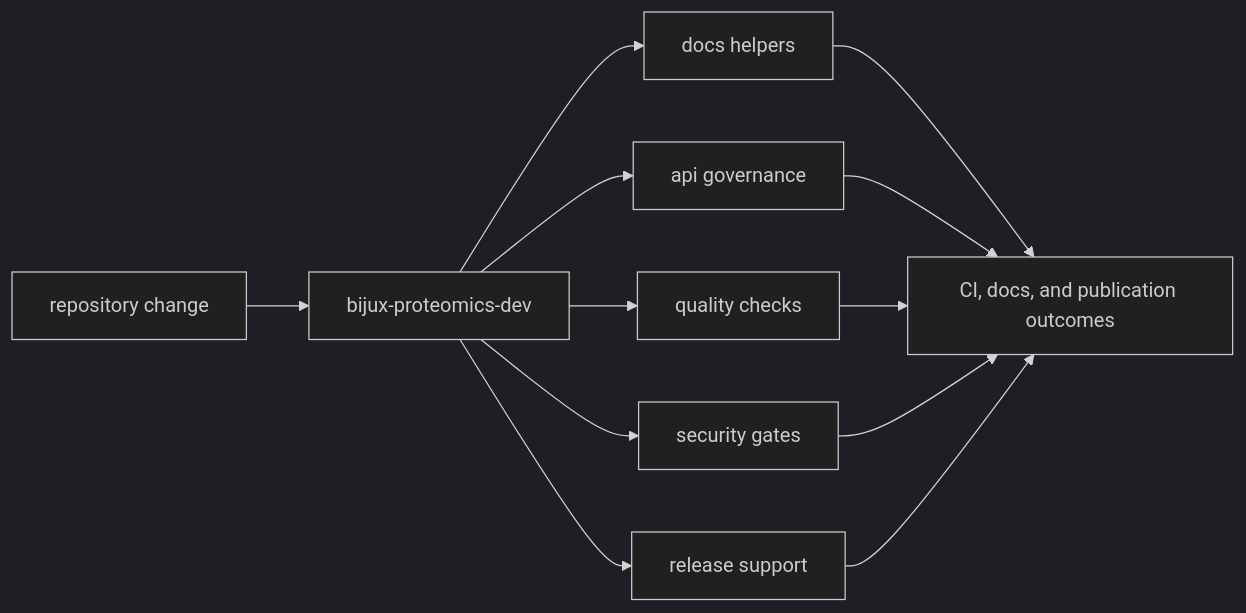
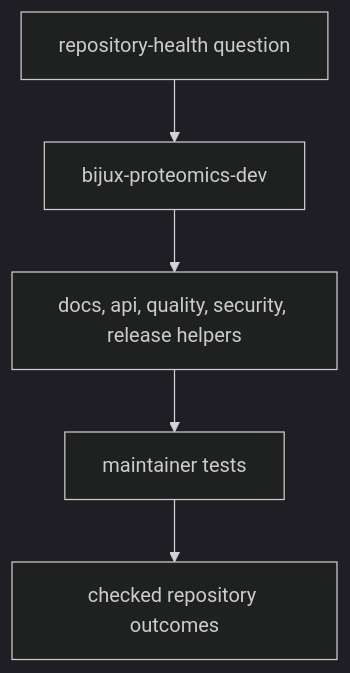
Before and after one commit to bijux/bijux-proteomics: the diagram in docs/08-bijux-proteomics-maintain/bijux-proteomics-dev/index.md, drawn with Mermaid (dark theme). The commit also changed other lines of this file, not shown here.

Commit message:
docs(maintain): show maintainer package proof path

````diff
--- a/docs/08-bijux-proteomics-maintain/bijux-proteomics-dev/index.md
+++ b/docs/08-bijux-proteomics-maintain/bijux-proteomics-dev/index.md
@@ -17,23 +17,13 @@
 ```mermaid
-flowchart LR
-    change["repository change"]
+flowchart TB
+    question["repository-health question"]
     toolkit["bijux-proteomics-dev"]
-    docs["docs helpers"]
-    api["api governance"]
-    quality["quality checks"]
-    security["security gates"]
-    release["release support"]
-    results["CI, docs, and publication outcomes"]
+    family["docs, api, quality, security, release helpers"]
+    tests["maintainer tests"]
+    outcomes["checked repository outcomes"]
 
-    change --> toolkit
-    toolkit --> docs
-    toolkit --> api
-    toolkit --> quality
-    toolkit --> security
-    toolkit --> release
-    docs --> results
-    api --> results
-    quality --> results
-    security --> results
-    release --> results
+    question --> toolkit
+    toolkit --> family
+    family --> tests
+    tests --> outcomes
 ```
````
